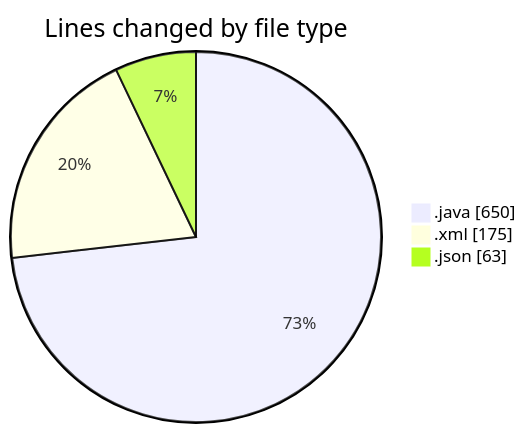
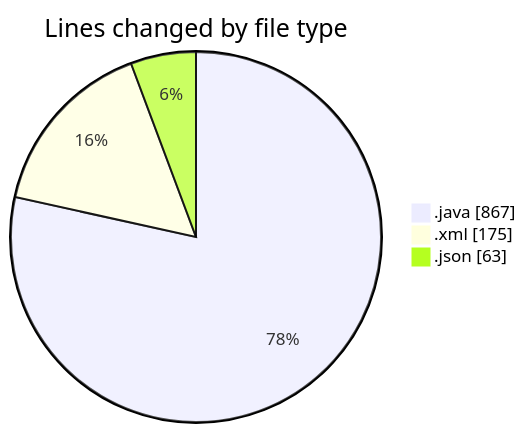
The first of 2 diagrams in 2026-07-07/cilreports__workspace_/README.md (ricardozamudiocil/code-tracking), drawn with Mermaid before and after one commit. The commit also changed other lines of this file and 1 other file, not shown here.

````diff
--- a/2026-07-07/cilreports__workspace_/README.md
+++ b/2026-07-07/cilreports__workspace_/README.md
@@ -22,7 +22,7 @@
 ```mermaid
 pie showData
 title Lines changed by file type
-".java" : 650
+".java" : 867
 ".xml" : 175
 ".json" : 63
 ```
````
